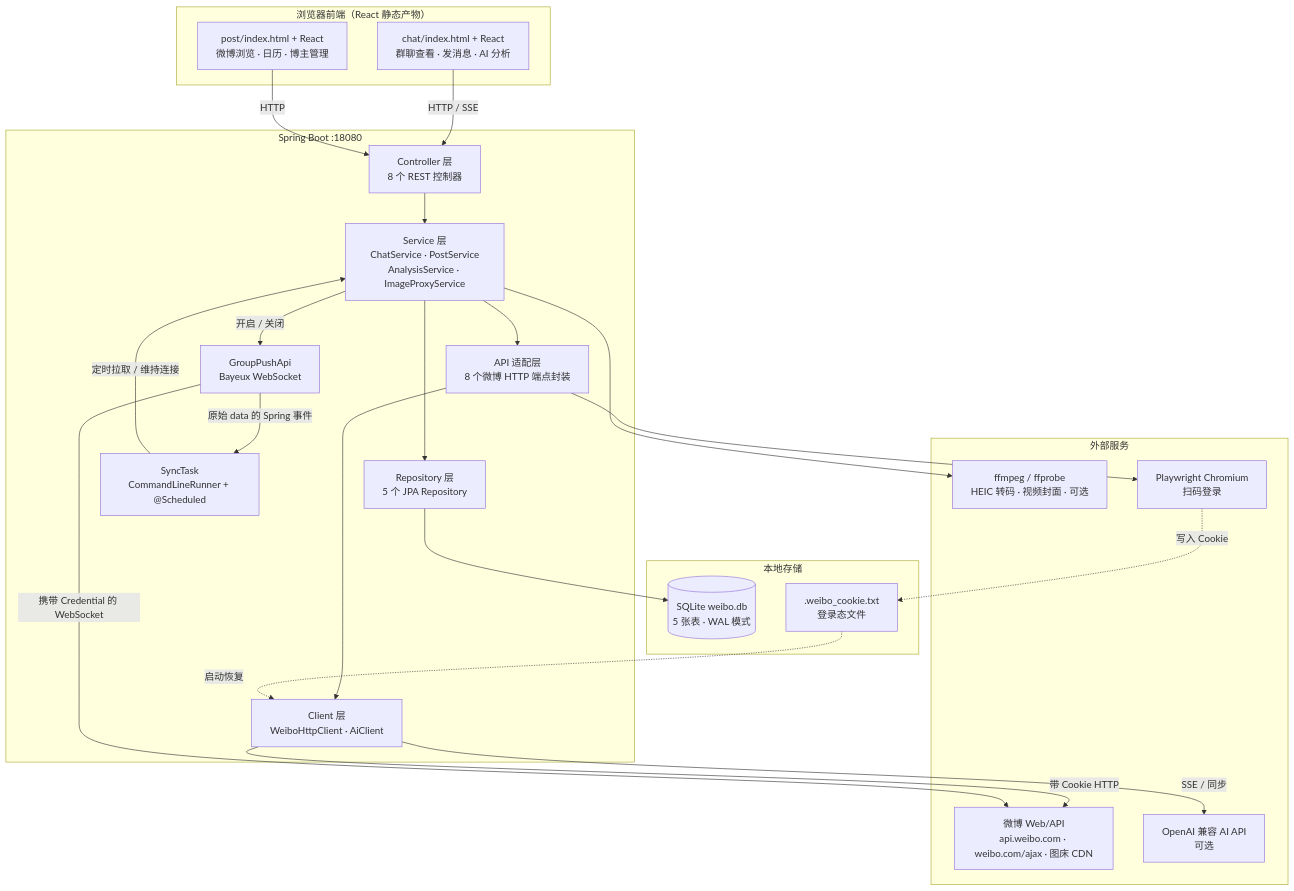
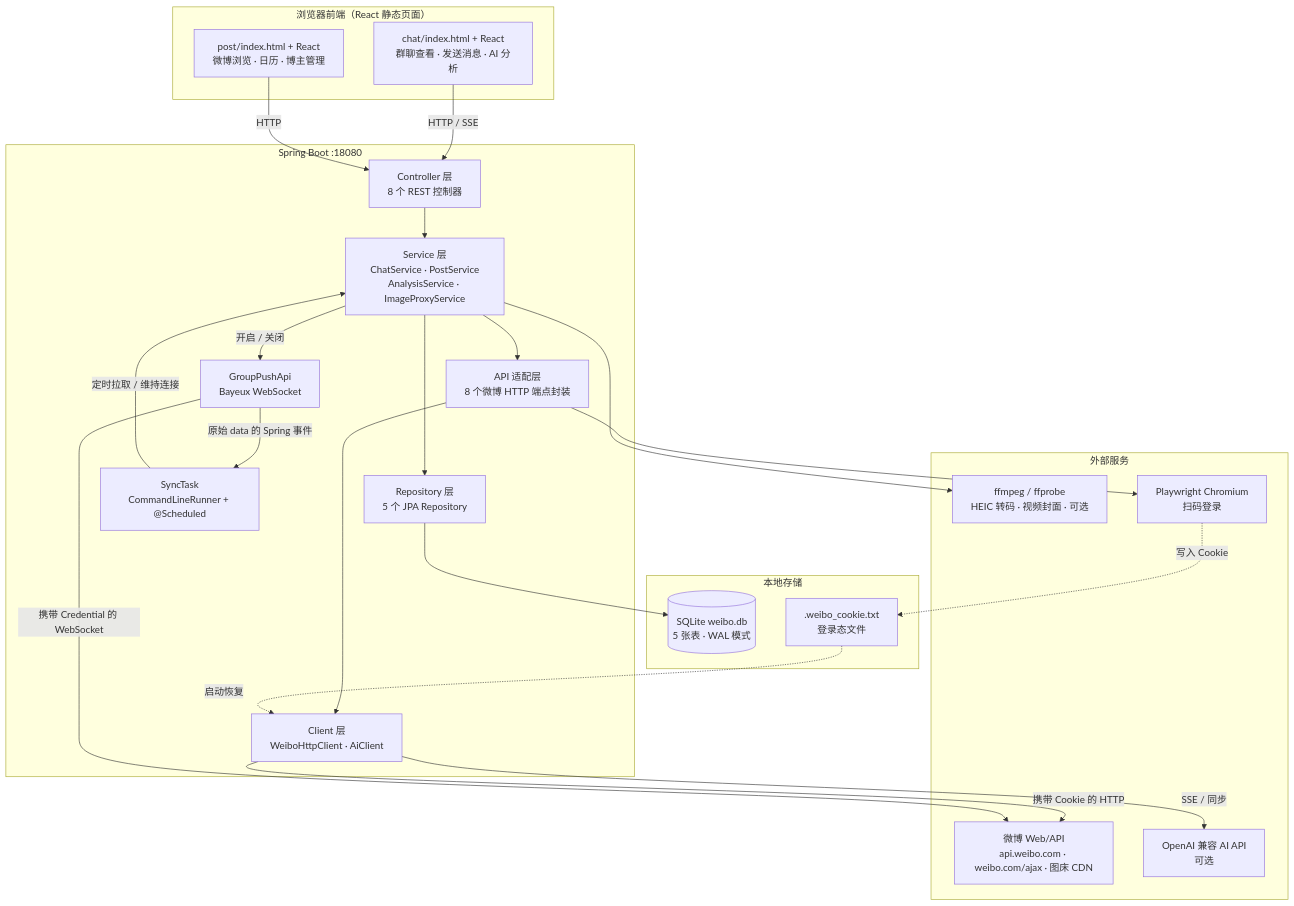
The diagram in README.md (findxyz/vb-weibo-plus), drawn with Mermaid before and after one commit. The commit also changed other lines of this file, not shown here.

````diff
--- a/README.md
+++ b/README.md
@@ -26,47 +26,47 @@
 ```mermaid
 graph TB
-    subgraph Browser["浏览器前端（React 静态产物）"]
-        ChatUI["chat/index.html + React<br/>群聊查看 · 发消息 · AI 分析"]
+    subgraph Browser["浏览器前端（React 静态页面）"]
+        ChatUI["chat/index.html + React<br/>群聊查看 · 发送消息 · AI 分析"]
         PostUI["post/index.html + React<br/>微博浏览 · 日历 · 博主管理"]
     end
 
     subgraph SpringBoot["Spring Boot :18080"]
         Controller["Controller 层<br/>8 个 REST 控制器"]
         Service["Service 层<br/>ChatService · PostService<br/>AnalysisService · ImageProxyService"]
         API["API 适配层<br/>8 个微博 HTTP 端点封装"]
         Push["GroupPushApi<br/>Bayeux WebSocket"]
         Client["Client 层<br/>WeiboHttpClient · AiClient"]
         Repo["Repository 层<br/>5 个 JPA Repository"]
         SyncTask["SyncTask<br/>CommandLineRunner + @Scheduled"]
     end
 
     subgraph Storage["本地存储"]
         SQLite[("SQLite weibo.db<br/>5 张表 · WAL 模式")]
         CookieFile[".weibo_cookie.txt<br/>登录态文件"]
     end
 
     subgraph External["外部服务"]
         Weibo["微博 Web/API<br/>api.weibo.com · weibo.com/ajax · 图床 CDN"]
         AiAPI["OpenAI 兼容 AI API<br/>可选"]
         FFmpeg["ffmpeg / ffprobe<br/>HEIC 转码 · 视频封面 · 可选"]
         Playwright["Playwright Chromium<br/>扫码登录"]
     end
 
     ChatUI -->|HTTP / SSE| Controller
     PostUI -->|HTTP| Controller
     Controller --> Service
     Service --> API
     Service -->|开启 / 关闭| Push
     Service --> Repo
     API --> Client
-    Client -->|带 Cookie HTTP| Weibo
+    Client -->|携带 Cookie 的 HTTP| Weibo
     Push -->|携带 Credential 的 WebSocket| Weibo
     Push -->|原始 data 的 Spring 事件| SyncTask
     Client -->|SSE / 同步| AiAPI
     API --> Playwright
     Service --> FFmpeg
     Repo --> SQLite
     SyncTask -->|定时拉取 / 维持连接| Service
     Playwright -.->|写入 Cookie| CookieFile
     CookieFile -.->|启动恢复| Client
 ```
````
